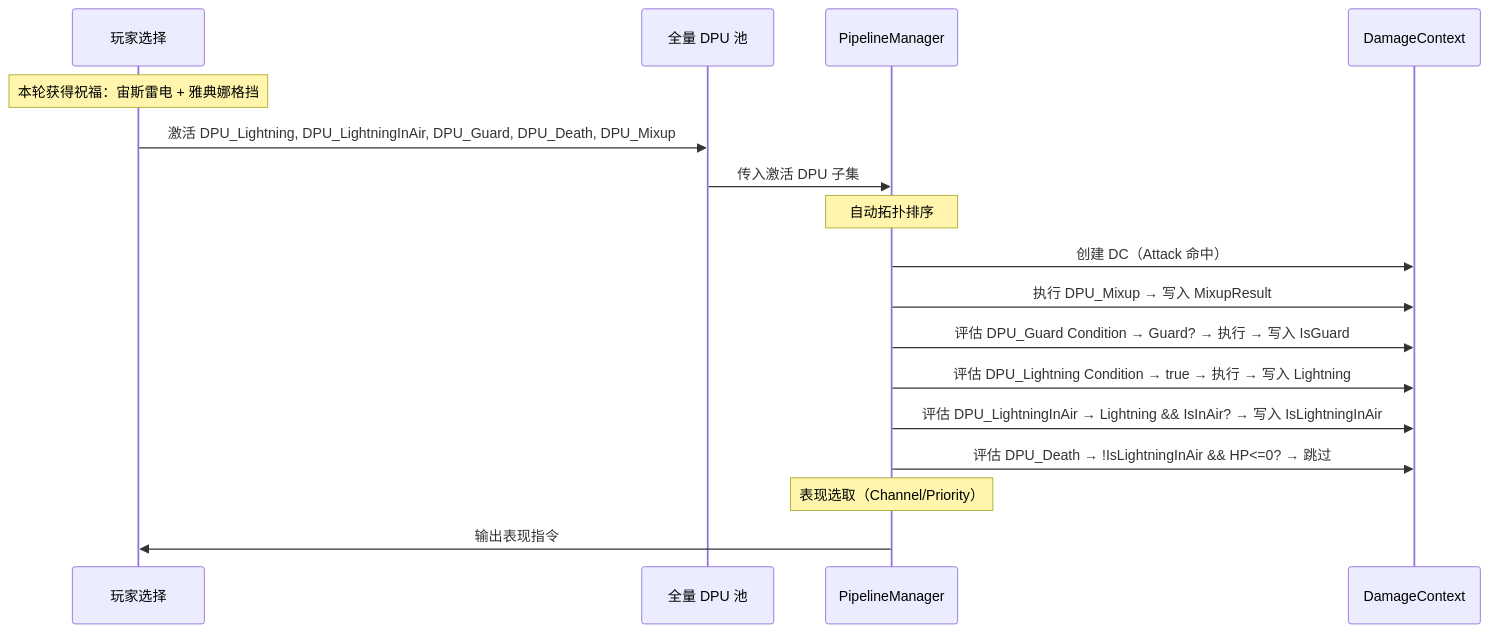
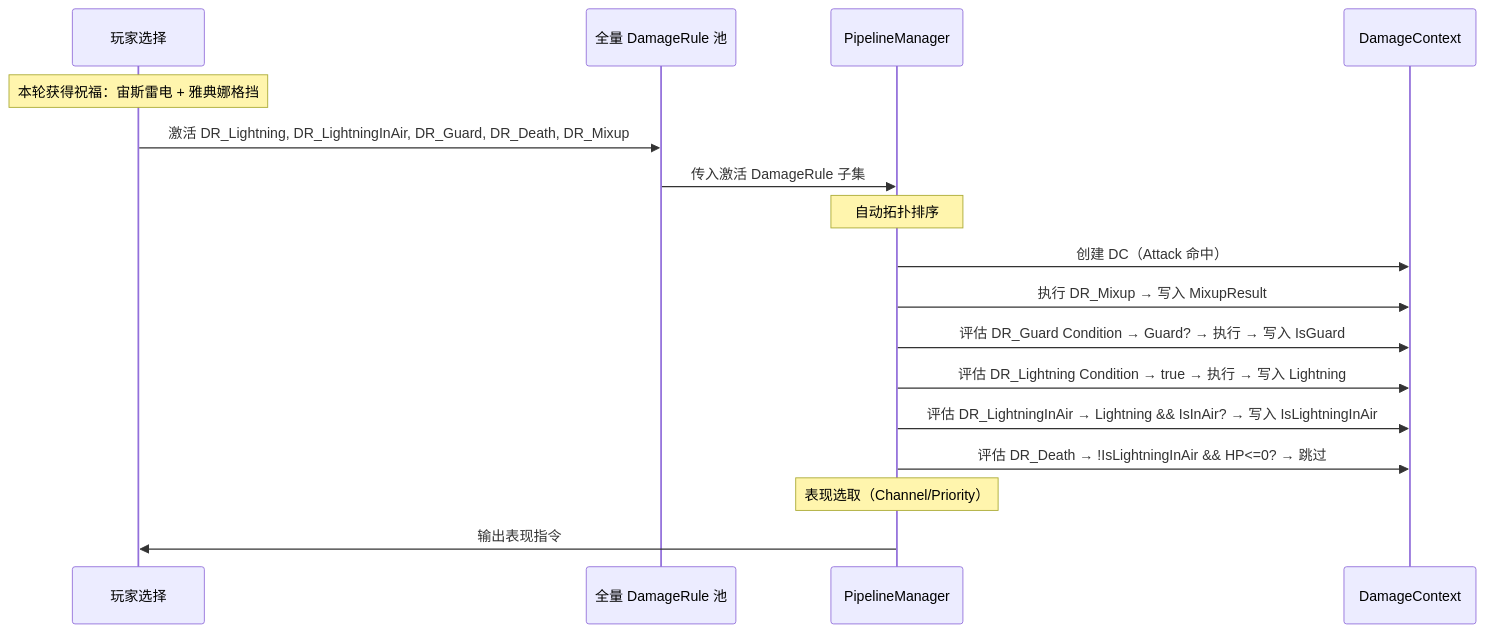
The eighth of 9 diagrams in doc/damagePipeline/架构设计.md (ZiJinZiMing/SagaStats), drawn with Mermaid before and after one commit. The commit also changed other lines of this file and 85 other files, not shown here.

````diff
--- a/doc/damagePipeline/架构设计.md
+++ b/doc/damagePipeline/架构设计.md
@@ -461,25 +461,25 @@
 ```mermaid
 sequenceDiagram
     participant Player as 玩家选择
-    participant Pool as 全量 DPU 池
+    participant Pool as 全量 DamageRule 池
     participant PM as PipelineManager
     participant DC as DamageContext
 
     Note over Player: 本轮获得祝福：宙斯雷电 + 雅典娜格挡
 
-    Player->>Pool: 激活 DPU_Lightning, DPU_LightningInAir, DPU_Guard, DPU_Death, DPU_Mixup
-    Pool->>PM: 传入激活 DPU 子集
+    Player->>Pool: 激活 DR_Lightning, DR_LightningInAir, DR_Guard, DR_Death, DR_Mixup
+    Pool->>PM: 传入激活 DamageRule 子集
 
     Note over PM: 自动拓扑排序
 
     PM->>DC: 创建 DC（Attack 命中）
 
-    PM->>DC: 执行 DPU_Mixup → 写入 MixupResult
-    PM->>DC: 评估 DPU_Guard Condition → Guard? → 执行 → 写入 IsGuard
-    PM->>DC: 评估 DPU_Lightning Condition → true → 执行 → 写入 Lightning
-    PM->>DC: 评估 DPU_LightningInAir → Lightning && IsInAir? → 写入 IsLightningInAir
-    PM->>DC: 评估 DPU_Death → !IsLightningInAir && HP<=0? → 跳过
+    PM->>DC: 执行 DR_Mixup → 写入 MixupResult
+    PM->>DC: 评估 DR_Guard Condition → Guard? → 执行 → 写入 IsGuard
+    PM->>DC: 评估 DR_Lightning Condition → true → 执行 → 写入 Lightning
+    PM->>DC: 评估 DR_LightningInAir → Lightning && IsInAir? → 写入 IsLightningInAir
+    PM->>DC: 评估 DR_Death → !IsLightningInAir && HP<=0? → 跳过
 
     Note over PM: 表现选取（Channel/Priority）
     PM->>Player: 输出表现指令
 ```
````
